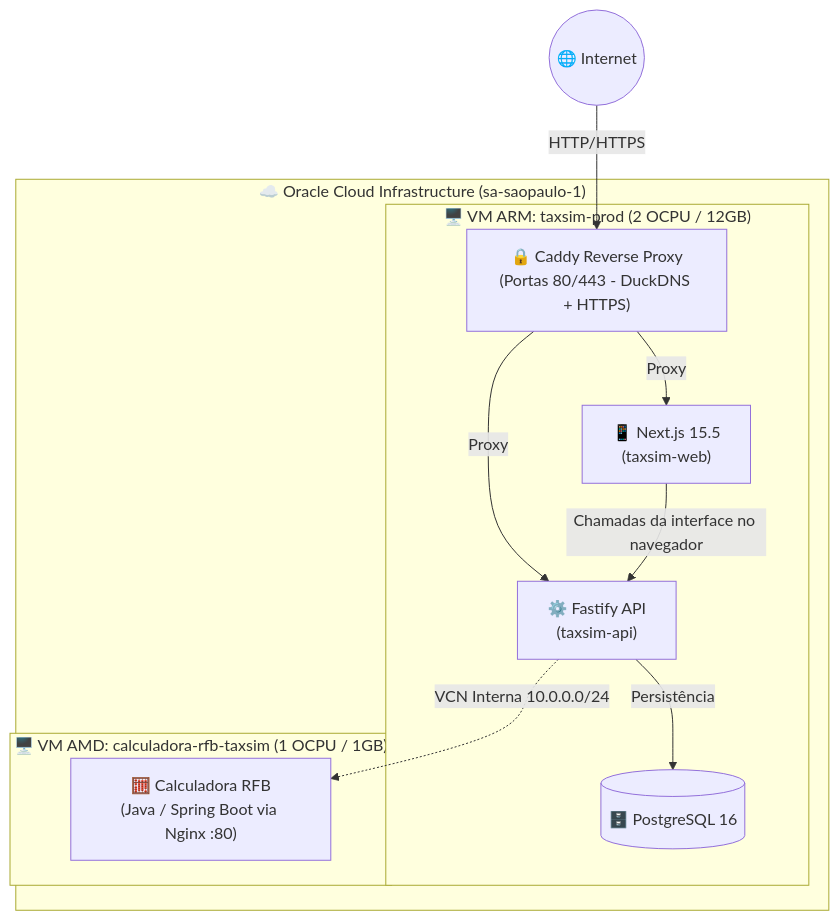
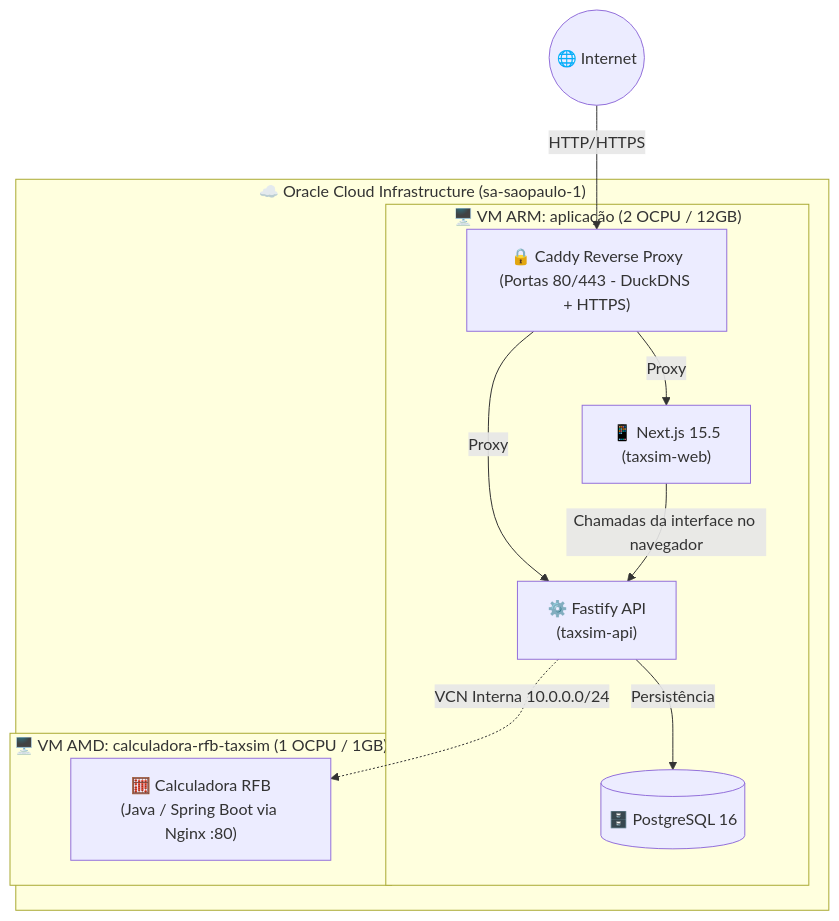
One commit to M-its/taxsim changed the first of 2 diagrams in README.md. Above: the diagram before and after it, drawn with Mermaid. The commit also changed other lines of this file and 9 other files, not shown here.

````diff
--- a/README.md
+++ b/README.md
@@ -25,27 +25,27 @@
 ```mermaid
 flowchart TB
     subgraph OCI["☁️ Oracle Cloud Infrastructure (sa-saopaulo-1)"]
         
-        subgraph VM_ARM["🖥️ VM ARM: taxsim-prod (2 OCPU / 12GB)"]
+        subgraph VM_ARM["🖥️ VM ARM: aplicação (2 OCPU / 12GB)"]
             Caddy["🔒 Caddy Reverse Proxy<br/>(Portas 80/443 - DuckDNS + HTTPS)"]
             Web["📱 Next.js 15.5<br/>(taxsim-web)"]
             API["⚙️ Fastify API<br/>(taxsim-api)"]
             DB[("🗄️ PostgreSQL 16")]
         end
 
         subgraph VM_AMD["🖥️ VM AMD: calculadora-rfb-taxsim (1 OCPU / 1GB)"]
             RFB["🧮 Calculadora RFB<br/>(Java / Spring Boot via Nginx :80)"]
         end
 
     end
 
     Internet(("🌐 Internet")) -->|HTTP/HTTPS| Caddy
     Caddy -->|Proxy| Web
     Caddy -->|Proxy| API
     Web -->|Chamadas da interface no navegador| API
     API -->|Persistência| DB
     API -.->|VCN Interna 10.0.0.0/24| RFB
 
     classDef vm fill:#f9f9f9,stroke:#333,stroke-width:1px,color:#000;
     classDef oci fill:#eef6ff,stroke:#1d63ed,stroke-width:2px,color:#000;
 ```
````
